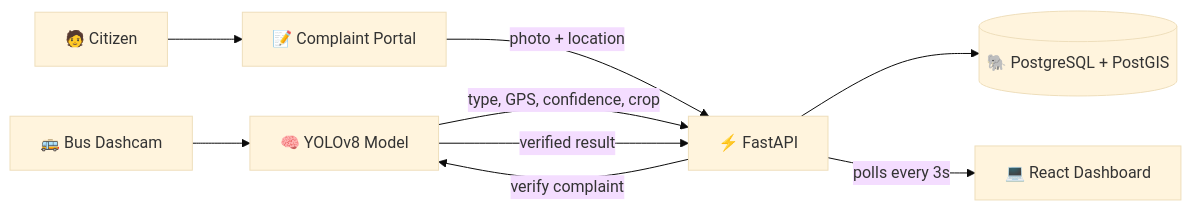
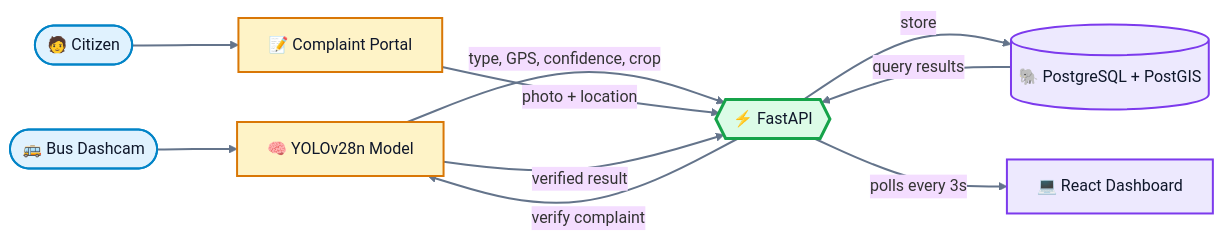
Before and after one commit to ShakthivelS2007/SIH26124-AI-Powered-Mobile-Urban-Intelligence-Platform-Using-Public-Transport-Fleet-: the diagram in README.md, drawn with Mermaid (base theme). The commit also changed other lines of this file, not shown here.

````diff
--- a/README.md
+++ b/README.md
@@ -46,11 +45,27 @@
 ```mermaid
+%%{init: {'flowchart': {'nodeSpacing': 50, 'rankSpacing': 80, 'curve': 'basis'}}}%%
 flowchart LR
-    A[🚌 Bus Dashcam] --> B[🧠 YOLOv8 Model]
-    B -->|type, GPS, confidence, crop| C[⚡ FastAPI]
-    F[🧑 Citizen] --> G[📝 Complaint Portal]
+    A([🚌 Bus Dashcam]) --> B[🧠 YOLOv28n Model]
+    F([🧑 Citizen]) --> G[📝 Complaint Portal]
+
+    B -->|type, GPS, confidence, crop| C{{⚡ FastAPI}}
     G -->|photo + location| C
     C -->|verify complaint| B
     B -->|verified result| C
-    C --> D[(🐘 PostgreSQL + PostGIS)]
+
+    C -->|store| D[(🐘 PostgreSQL + PostGIS)]
+    D -->|query results| C
     C -->|polls every 3s| E[💻 React Dashboard]
+
+    classDef source fill:#e0f2fe,stroke:#0284c7,stroke-width:2px,color:#0f172a
+    classDef ai fill:#fef3c7,stroke:#d97706,stroke-width:2px,color:#0f172a
+    classDef core fill:#dcfce7,stroke:#16a34a,stroke-width:3px,color:#0f172a
+    classDef store fill:#ede9fe,stroke:#7c3aed,stroke-width:2px,color:#0f172a
+
+    class A,F source
+    class B,G ai
+    class C core
+    class D,E store
+
+    linkStyle default stroke:#64748b,stroke-width:2px
 ```
````
